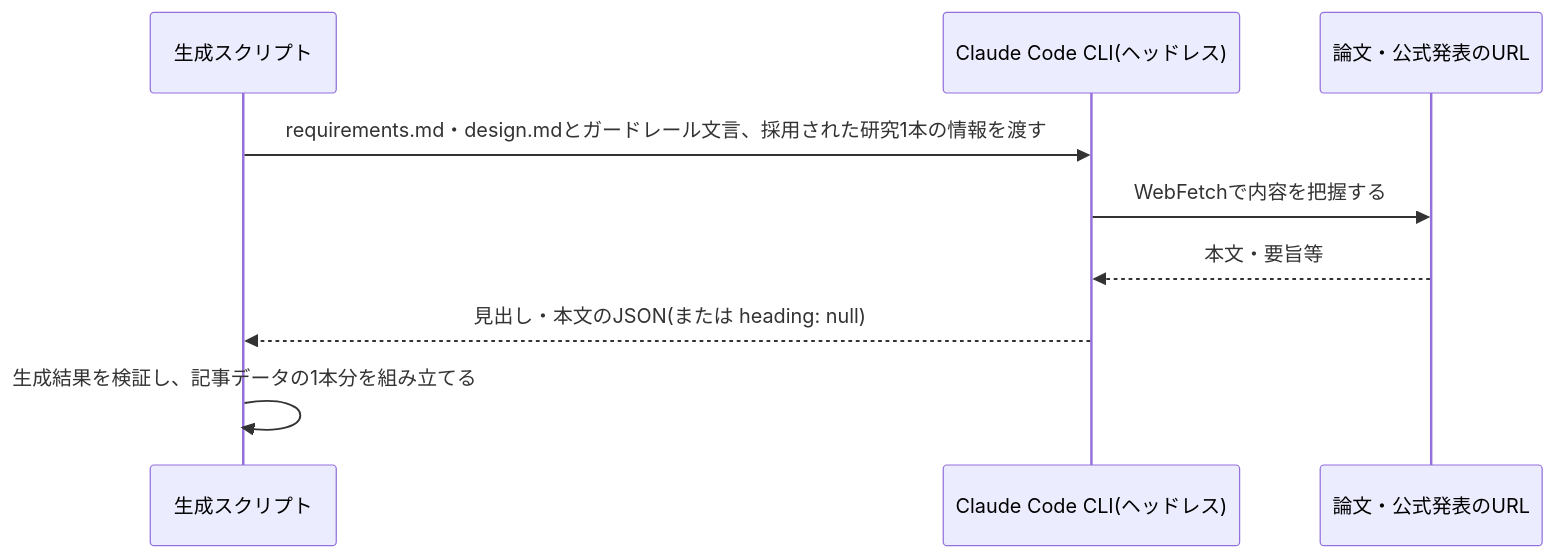
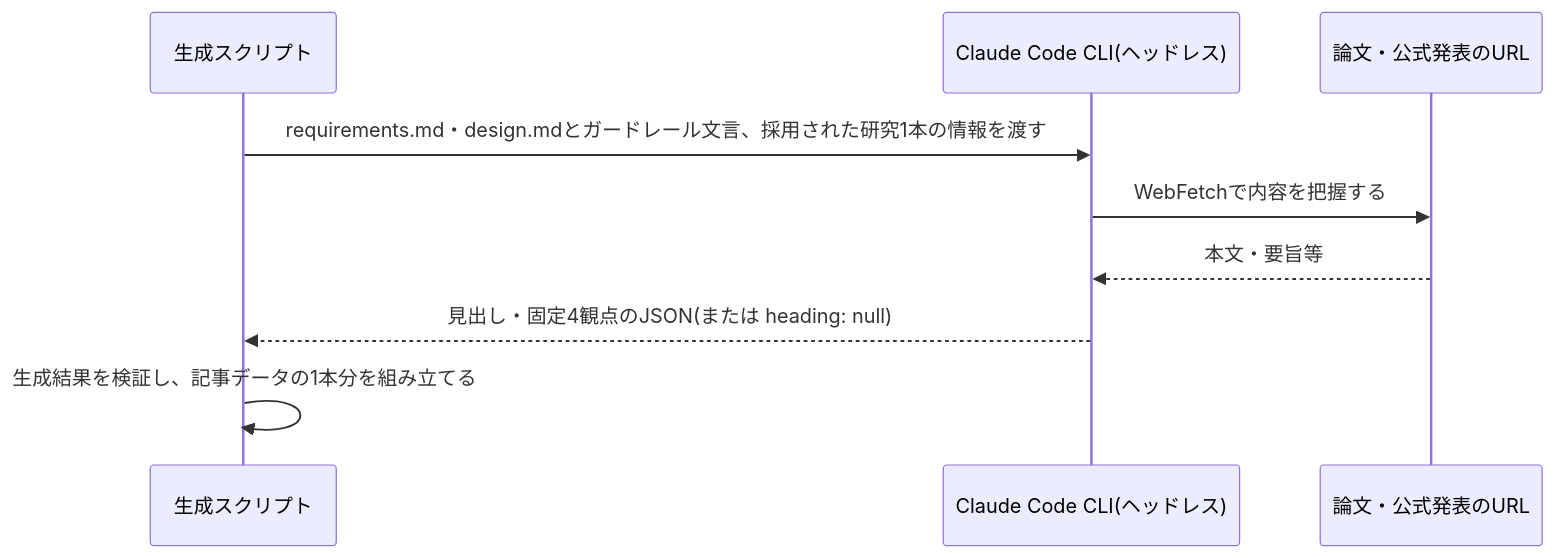
The diagram in specs/research-digest/content-generation/design.md (zakiyama0108/benriyatool), drawn with Mermaid before and after one commit. The commit also changed other lines of this file and 5 other files, not shown here.

First line of the commit message:
spec(research-digest): 固定4観点(何が分かったか/なぜ/暮らし/注意点)と図解機能を追加 (#359)

````diff
--- a/specs/research-digest/content-generation/design.md
+++ b/specs/research-digest/content-generation/design.md
@@ -27,12 +33,12 @@
 ```mermaid
 sequenceDiagram
     participant script as 生成スクリプト
     participant claude as Claude Code CLI(ヘッドレス)
     participant source as 論文・公式発表のURL
 
     script ->> claude: requirements.md・design.mdとガードレール文言、採用された研究1本の情報を渡す
     claude ->> source: WebFetchで内容を把握する
     source -->> claude: 本文・要旨等
-    claude -->> script: 見出し・本文のJSON(または heading: null)
+    claude -->> script: 見出し・固定4観点のJSON(または heading: null)
     script ->> script: 生成結果を検証し、記事データの1本分を組み立てる
 ```
````
